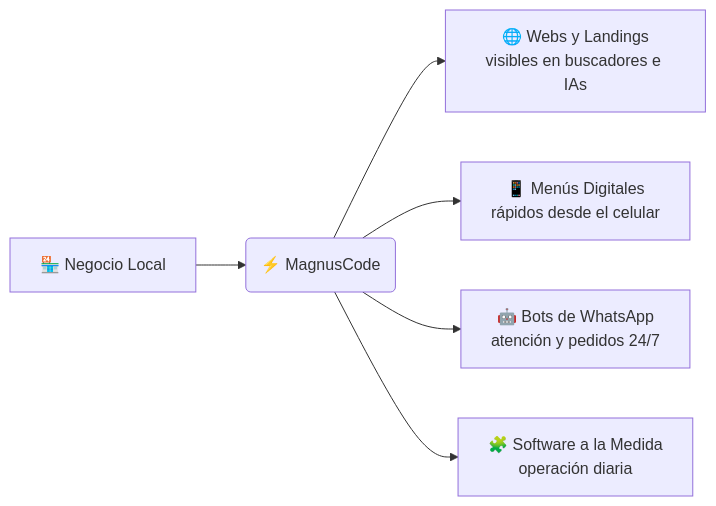
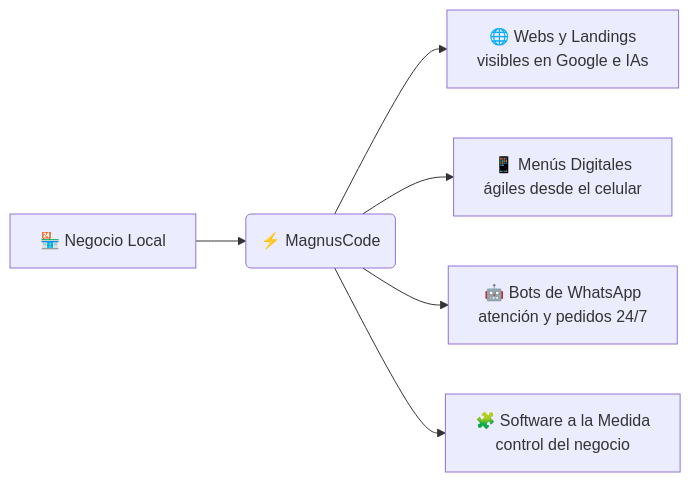
Before and after one commit to juanpps/juanpps: the second of 2 diagrams in README.md, drawn with Mermaid. The commit also changed other lines of this file and 1 other file, not shown here.

````diff
--- a/README.md
+++ b/README.md
@@ -58,8 +58,8 @@
 ```mermaid
 flowchart LR
     A["🏪 Negocio Local"] --> B("⚡ MagnusCode")
-    B --> C["🌐 Webs y Landings<br/>visibles en buscadores e IAs"]
-    B --> D["📱 Menús Digitales<br/>rápidos desde el celular"]
+    B --> C["🌐 Webs y Landings<br/>visibles en Google e IAs"]
+    B --> D["📱 Menús Digitales<br/>ágiles desde el celular"]
     B --> E["🤖 Bots de WhatsApp<br/>atención y pedidos 24/7"]
-    B --> F["🧩 Software a la Medida<br/>operación diaria"]
+    B --> F["🧩 Software a la Medida<br/>control del negocio"]
 ```
````
